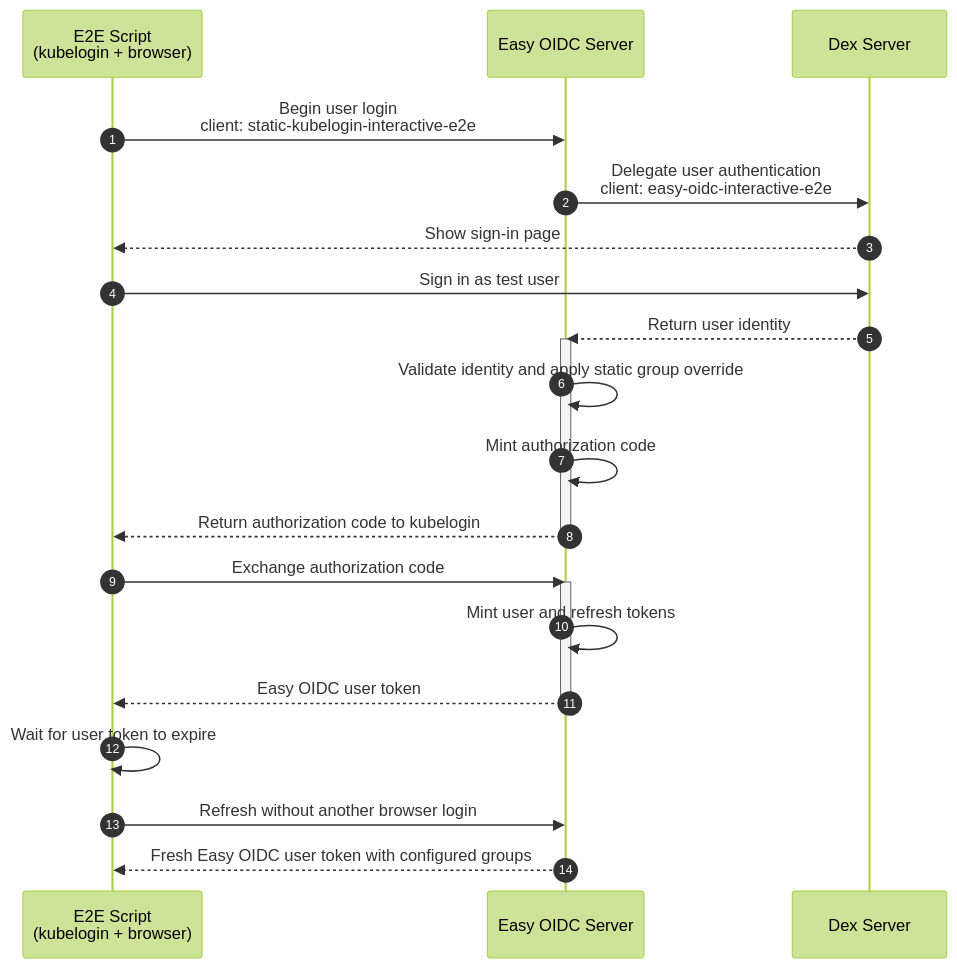
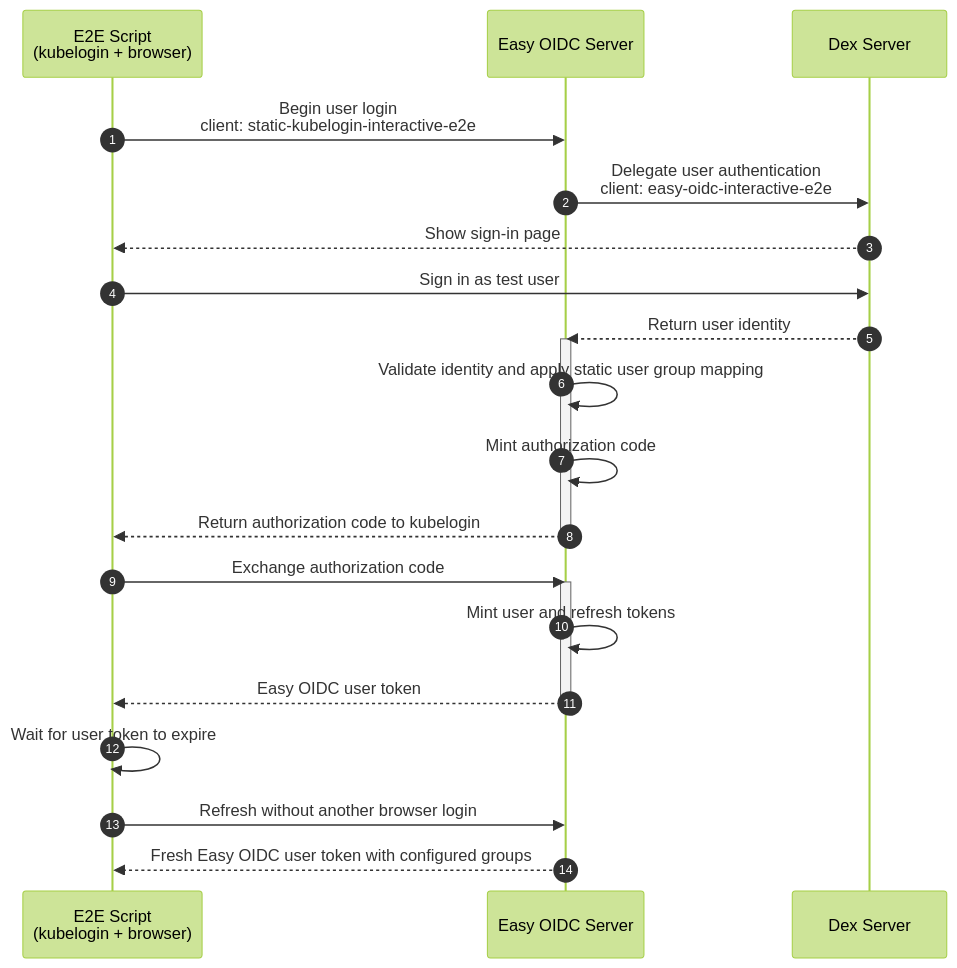
Before and after one commit to easy-oidc/easy-oidc: the second of 4 diagrams in scripts/e2e/README.md, drawn with Mermaid (forest theme). The commit also changed 53 other files, not shown here.

Commit message:
Refine v2 config schema

````diff
--- a/scripts/e2e/README.md
+++ b/scripts/e2e/README.md
@@ -44,26 +44,26 @@
 ```mermaid
 sequenceDiagram
     autonumber
     participant Script as E2E Script<br/>(kubelogin + browser)
     participant Easy as Easy OIDC Server
     participant Dex as Dex Server
 
     Script->>Easy: Begin user login<br/>client: static-kubelogin-interactive-e2e
     Easy->>Dex: Delegate user authentication<br/>client: easy-oidc-interactive-e2e
     Dex-->>Script: Show sign-in page
     Script->>Dex: Sign in as test user
     Dex-->>Easy: Return user identity
     activate Easy
-    Easy->>Easy: Validate identity and apply static group override
+    Easy->>Easy: Validate identity and apply static user group mapping
     Easy->>Easy: Mint authorization code
     Easy-->>Script: Return authorization code to kubelogin
     deactivate Easy
     Script->>Easy: Exchange authorization code
     activate Easy
     Easy->>Easy: Mint user and refresh tokens
     Easy-->>Script: Easy OIDC user token
     deactivate Easy
     Script->>Script: Wait for user token to expire
     Script->>Easy: Refresh without another browser login
     Easy-->>Script: Fresh Easy OIDC user token with configured groups
 ```
````
